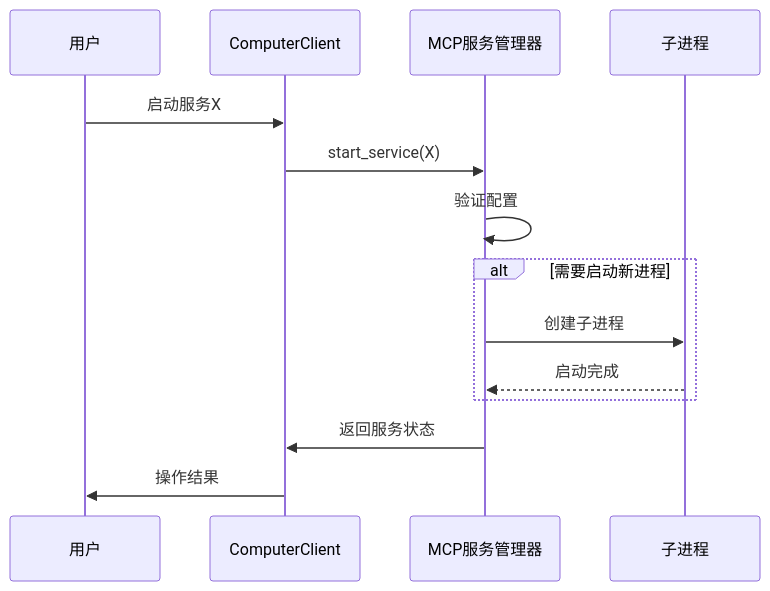
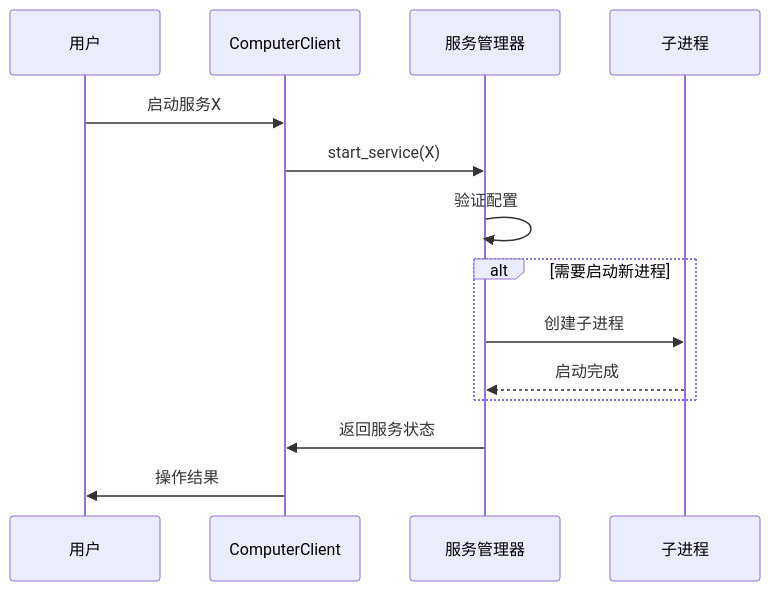
One commit to A2C-SMCP/python-computer-sdk changed the second of 3 diagrams in docs/index.md. Above: the diagram before and after it, drawn with Mermaid. The commit also changed other lines of this file and 8 other files, not shown here.

````diff
--- a/docs/index.md
+++ b/docs/index.md
@@ -448,17 +335,17 @@
 ```mermaid
 sequenceDiagram
     participant U as 用户
     participant C as ComputerClient
-    participant M as MCP服务管理器
+    participant M as 服务管理器
     participant P as 子进程
     
     U->>C: 启动服务X
     C->>M: start_service(X)
     M->>M: 验证配置
     alt 需要启动新进程
         M->>P: 创建子进程
         P-->>M: 启动完成
     end
     M->>C: 返回服务状态
     C->>U: 操作结果
 ```
````
